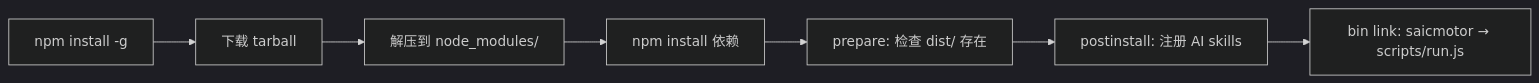
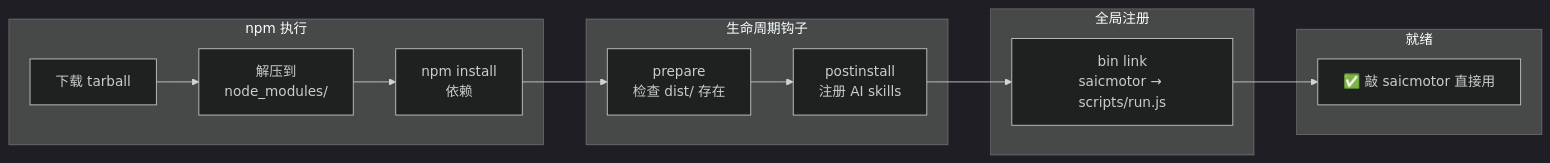
Before and after one commit to a5535772/saicmotor-cli: the eighth of 16 diagrams in docs/ARCHITECTURE.md, drawn with Mermaid (dark theme). The commit also changed other lines of this file and 40 other files, not shown here.

````diff
--- a/docs/ARCHITECTURE.md
+++ b/docs/ARCHITECTURE.md
@@ -541,9 +413,17 @@
 ```mermaid
 flowchart LR
-    A["npm install -g"] --> B["下载 tarball"]
-    B --> C["解压到 node_modules/"]
-    C --> D["npm install 依赖"]
-    D --> E["prepare: 检查 dist/ 存在"]
-    E --> F["postinstall: 注册 AI skills"]
-    F --> G["bin link: saicmotor → scripts/run.js"]
+    subgraph NPM["npm 执行"]
+        A["下载 tarball"] --> B["解压到<br/>node_modules/"]
+        B --> C["npm install<br/>依赖"]
+    end
+    subgraph HOOKS["生命周期钩子"]
+        C --> D["prepare<br/>检查 dist/ 存在"]
+        D --> E["postinstall<br/>注册 AI skills"]
+    end
+    subgraph LINK["全局注册"]
+        E --> F["bin link<br/>saicmotor → scripts/run.js"]
+    end
+    subgraph READY["就绪"]
+        F --> G["✅ 敲 saicmotor 直接用"]
+    end
 ```
````
